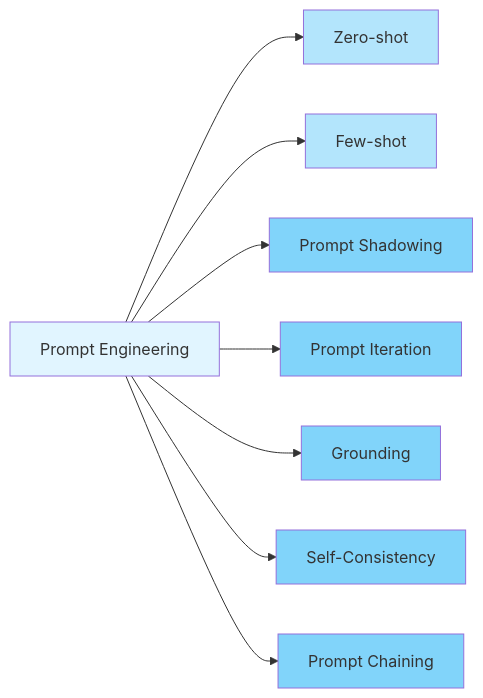
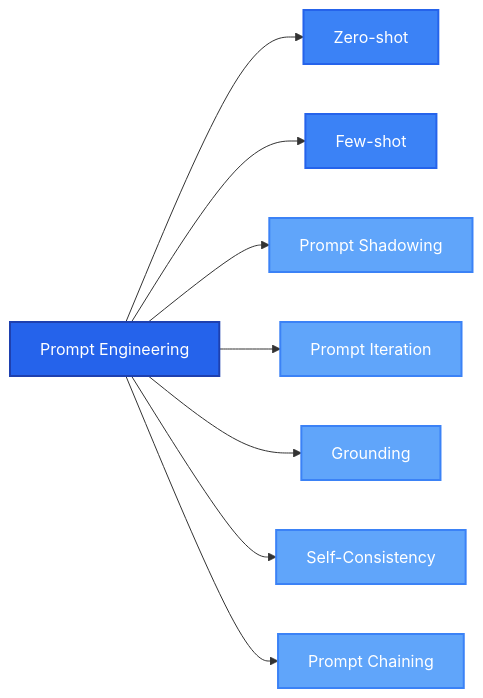
The first of 2 diagrams in 01-concepts/AI-Prompt-Engineering.md (cifuentescossio/ai-learning-notes), drawn with Mermaid before and after one commit. The commit also changed other lines of this file and 1 other file, not shown here.

Commit message:
Update styles in AI-Basics and AI-Prompt-Engineering markdown files for improved visual consistency. Enhanced node styles with new colors and stroke properties for better clarity in diagrams.

````diff
--- a/01-concepts/AI-Prompt-Engineering.md
+++ b/01-concepts/AI-Prompt-Engineering.md
@@ -9,19 +9,19 @@
 ```mermaid
 graph LR
     A[Prompt Engineering] --> B[Zero-shot]
     A --> C[Few-shot]
     A --> D[Prompt Shadowing]
     A --> E[Prompt Iteration]
     A --> F[Grounding]
     A --> G[Self-Consistency]
     A --> H[Prompt Chaining]
     
-    style A fill:#e1f5ff
-    style B fill:#b3e5fc
-    style C fill:#b3e5fc
-    style D fill:#81d4fa
-    style E fill:#81d4fa
-    style F fill:#81d4fa
-    style G fill:#81d4fa
-    style H fill:#81d4fa
+    style A fill:#2563eb,stroke:#1e40af,stroke-width:2px,color:#fff
+    style B fill:#3b82f6,stroke:#2563eb,stroke-width:2px,color:#fff
+    style C fill:#3b82f6,stroke:#2563eb,stroke-width:2px,color:#fff
+    style D fill:#60a5fa,stroke:#3b82f6,stroke-width:2px,color:#fff
+    style E fill:#60a5fa,stroke:#3b82f6,stroke-width:2px,color:#fff
+    style F fill:#60a5fa,stroke:#3b82f6,stroke-width:2px,color:#fff
+    style G fill:#60a5fa,stroke:#3b82f6,stroke-width:2px,color:#fff
+    style H fill:#60a5fa,stroke:#3b82f6,stroke-width:2px,color:#fff
 ```
````
